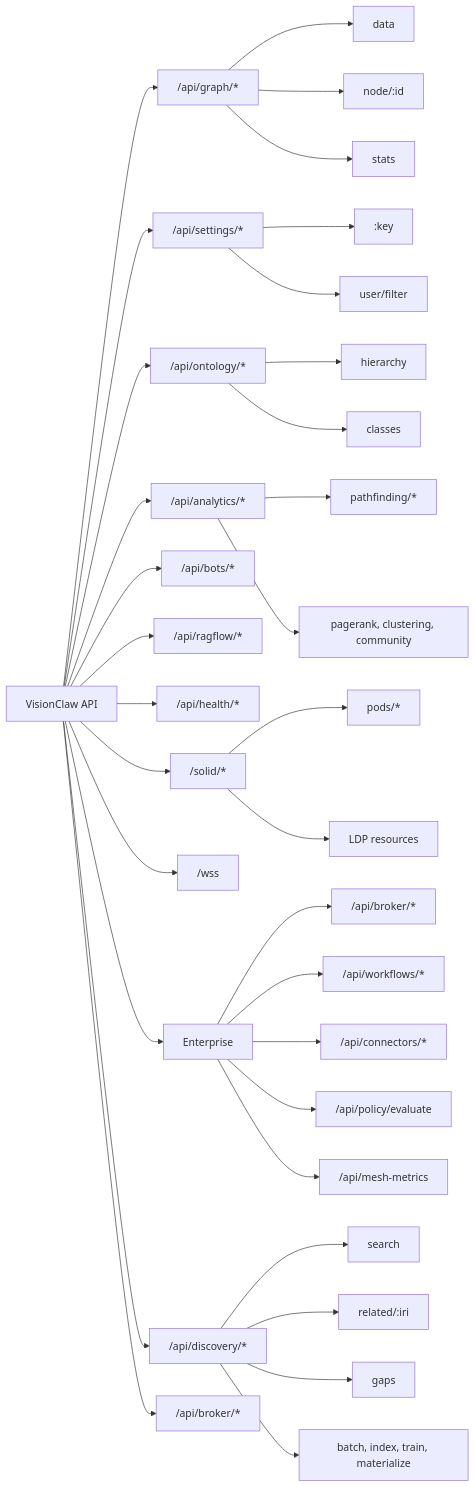
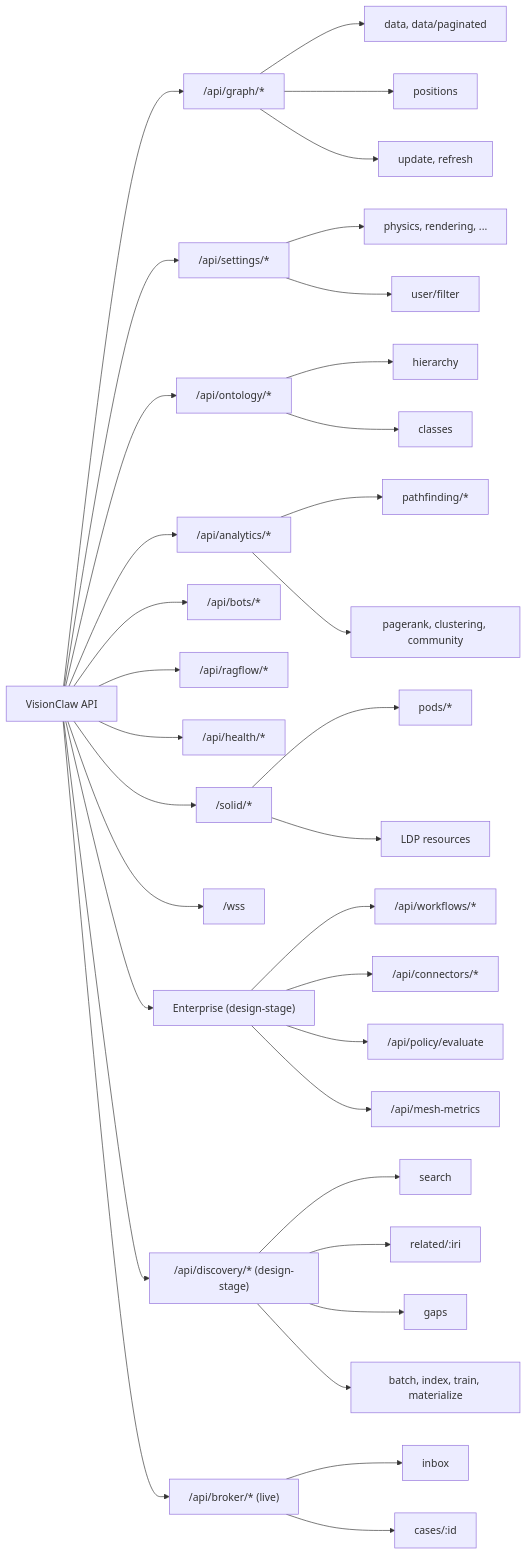
One commit to DreamLab-AI/AR-AI-Knowledge-Graph changed the first of 2 diagrams in docs/reference/rest-api.md. Above: the diagram before and after it, drawn with Mermaid. The commit also changed other lines of this file and 2 other files, not shown here.

First line of the commit message:
docs: fix rest-api.md/ADR-054/benchmarks drift against the actual router (grep-verified)

````diff
--- a/docs/reference/rest-api.md
+++ b/docs/reference/rest-api.md
@@ -34,37 +38,38 @@
 ```mermaid
 graph LR
     A["VisionClaw API"] --> B["/api/graph/*"]
     A --> C["/api/settings/*"]
     A --> D["/api/ontology/*"]
     A --> E["/api/analytics/*"]
     A --> F["/api/bots/*"]
     A --> G["/api/ragflow/*"]
     A --> H["/api/health/*"]
     A --> I["/solid/*"]
     A --> J["/wss"]
-    A --> K["Enterprise"]
-    A --> L["/api/discovery/*"]
-    A --> M["/api/broker/*"]
+    A --> K["Enterprise (design-stage)"]
+    A --> L["/api/discovery/* (design-stage)"]
+    A --> M["/api/broker/* (live)"]
 
     L --> L1["search"]
     L --> L2["related/:iri"]
     L --> L3["gaps"]
     L --> L4["batch, index, train, materialize"]
 
-    B --> B1["data"]
-    B --> B2["node/:id"]
-    B --> B3["stats"]
-    C --> C1[":key"]
+    B --> B1["data, data/paginated"]
+    B --> B2["positions"]
+    B --> B3["update, refresh"]
+    C --> C1["physics, rendering, ..."]
     C --> C2["user/filter"]
     D --> D1["hierarchy"]
     D --> D2["classes"]
     E --> E1["pathfinding/*"]
     E --> E2["pagerank, clustering, community"]
     I --> I1["pods/*"]
     I --> I2["LDP resources"]
-    K --> K1["/api/broker/*"]
+    M --> M1["inbox"]
+    M --> M2["cases/:id"]
     K --> K2["/api/workflows/*"]
     K --> K3["/api/connectors/*"]
     K --> K4["/api/policy/evaluate"]
     K --> K5["/api/mesh-metrics"]
 ```
````
